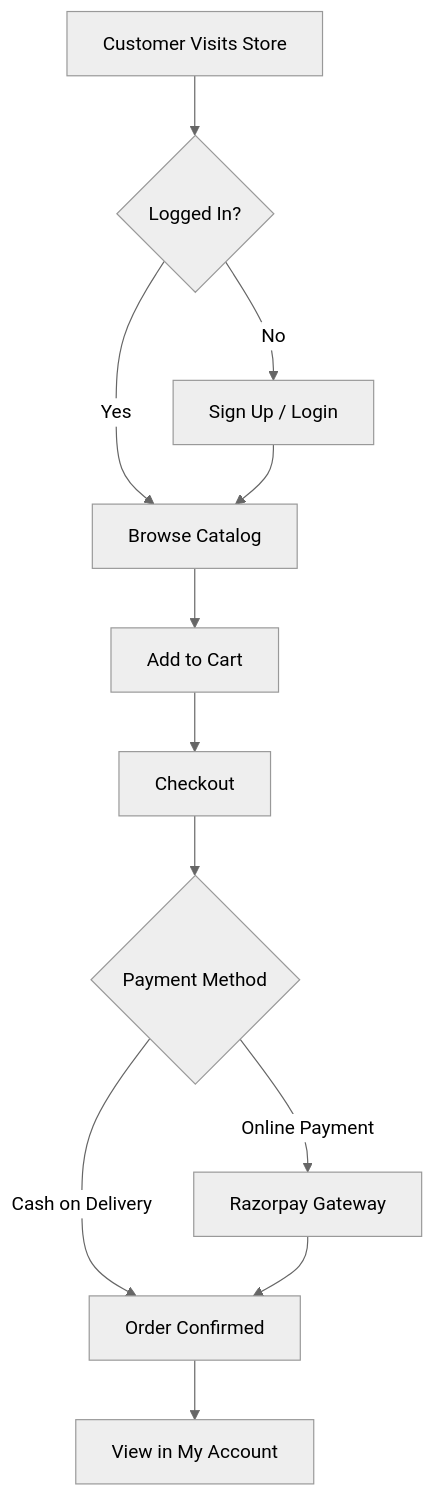
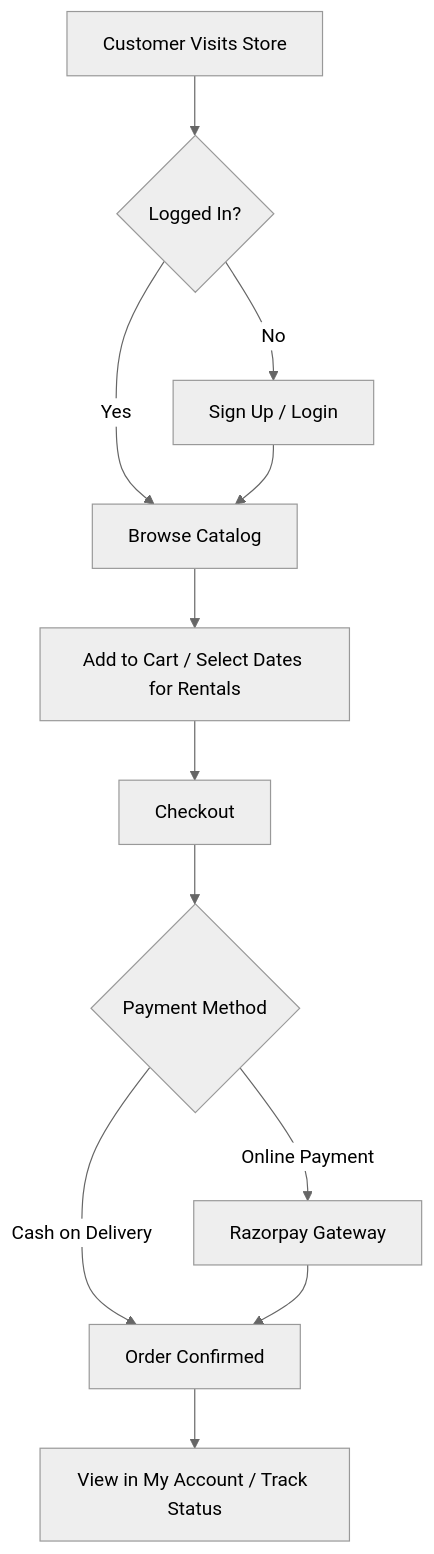
One commit to Paralava-Technologies/sarangi-jewels changed the first of 2 diagrams in docs/USER_MANUAL.md. Above: the diagram before and after it, drawn with Mermaid (neutral theme). The commit also changed other lines of this file and 33 other files, not shown here.

````diff
--- a/docs/USER_MANUAL.md
+++ b/docs/USER_MANUAL.md
@@ -18,14 +11,14 @@
 ```mermaid
 flowchart TD
     A[Customer Visits Store] --> B{Logged In?}
     B -- No --> C[Sign Up / Login]
     B -- Yes --> D[Browse Catalog]
     C --> D
-    D --> E[Add to Cart]
+    D --> E[Add to Cart / Select Dates for Rentals]
     E --> F[Checkout]
     F --> G{Payment Method}
     G -- Online Payment --> H[Razorpay Gateway]
     G -- Cash on Delivery --> I[Order Confirmed]
     H --> I
-    I --> J[View in My Account]
+    I --> J[View in My Account / Track Status]
 ```
````
